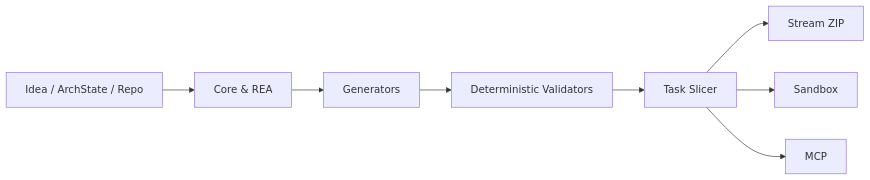
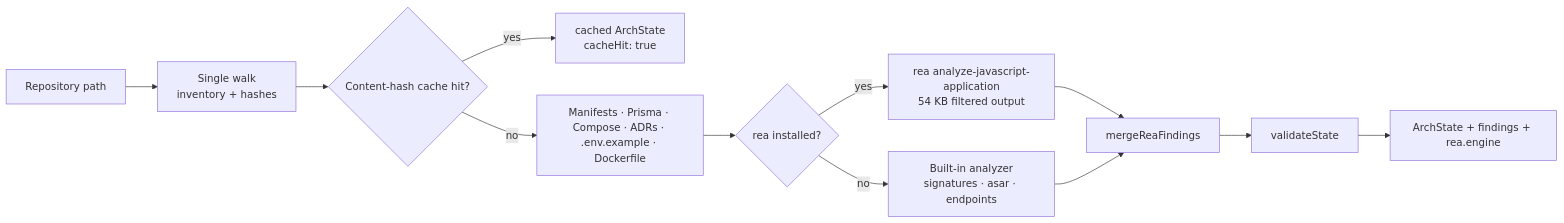
One commit to furkanarslangray-design/architect-studio changed the third of 11 diagrams in README.md. Above: the diagram before and after it, drawn with Mermaid. The commit also changed other lines of this file and 3 other files, not shown here.

First line of the commit message:
docs: rewrite the READMEs with diagrams, diagrams-first API docs and npm setup

````diff
--- a/README.md
+++ b/README.md
@@ -22,10 +447,14 @@
 ```mermaid
 flowchart LR
-    A["Idea / ArchState / Repo"] --> B["Core & REA"]
-    B --> C["Generators"]
-    C --> D["Deterministic Validators"]
-    D --> E["Task Slicer"]
-    E --> F["Stream ZIP"]
-    E --> G["Sandbox"]
-    E --> H["MCP"]
+    R["Repository path"] --> W["Single walk<br/>inventory + hashes"]
+    W --> K{"Content-hash cache hit?"}
+    K -- yes --> H["cached ArchState<br/>cacheHit: true"]
+    K -- no --> P["Manifests · Prisma · Compose · ADRs · .env.example · Dockerfile"]
+    P --> B{"rea installed?"}
+    B -- yes --> E["rea analyze-javascript-application<br/>54 KB filtered output"]
+    B -- no --> S["Built-in analyzer<br/>signatures · asar · endpoints"]
+    E --> M["mergeReaFindings"]
+    S --> M
+    M --> V["validateState"]
+    V --> O["ArchState + findings + rea.engine"]
 ```
````
